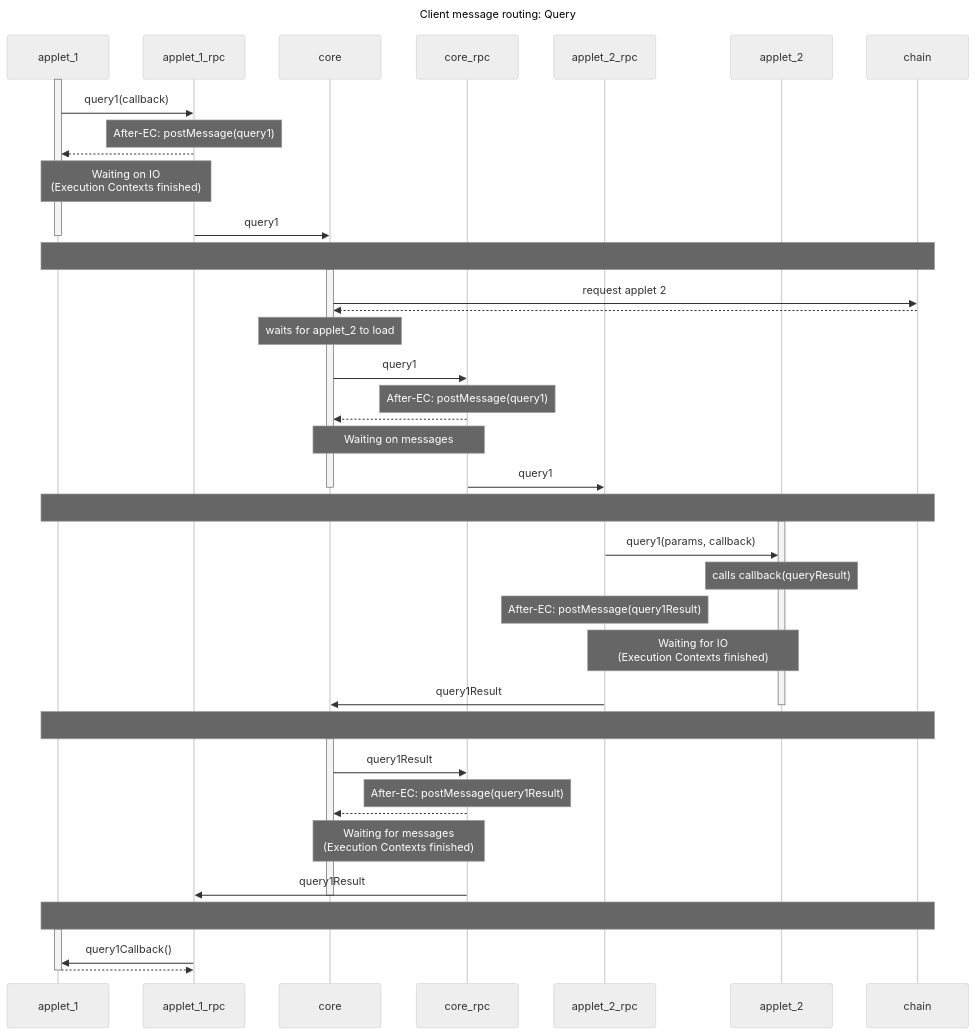
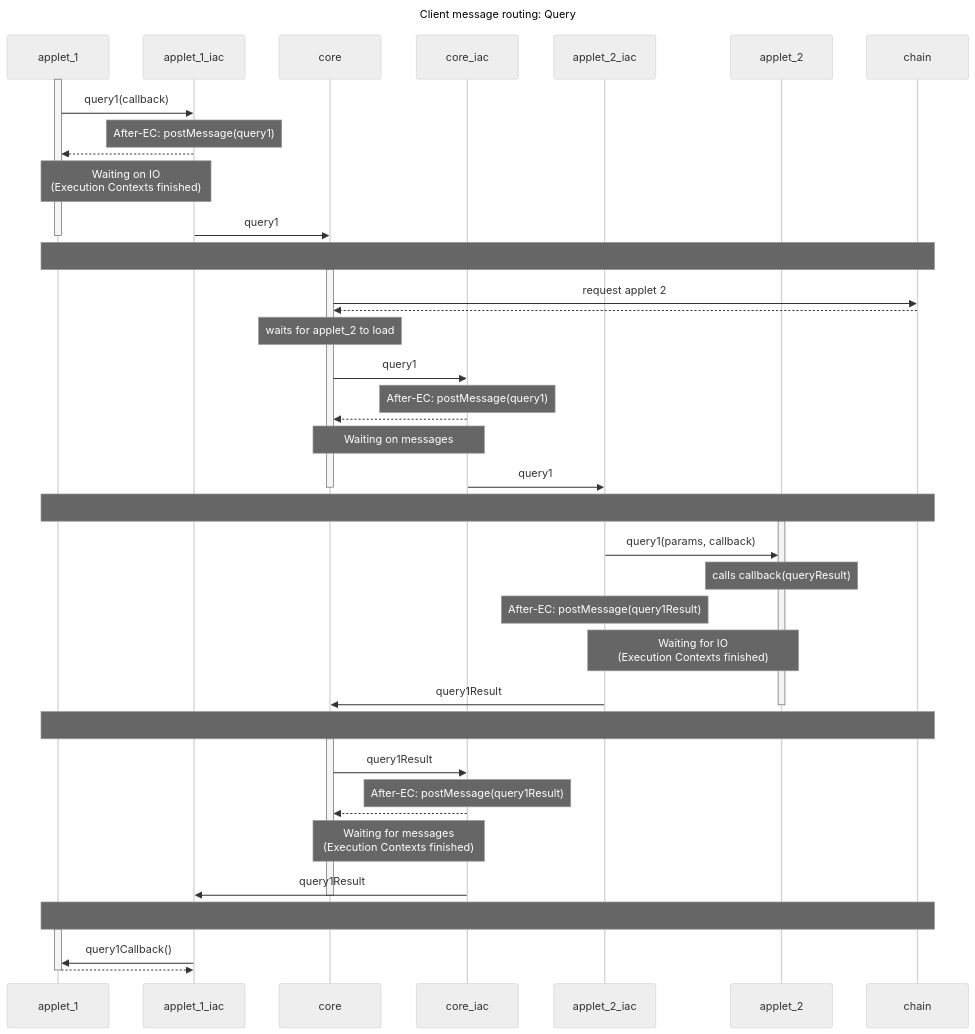
One commit to gofractally/psibase changed the second of 2 diagrams in doc/diagrams/client-message-routing.md. Above: the diagram before and after it, drawn with Mermaid (neutral theme). The commit also changed other lines of this file and 6 other files, not shown here.

Commit message:
update sequence diagrams

````diff
--- a/doc/diagrams/client-message-routing.md
+++ b/doc/diagrams/client-message-routing.md
@@ -105,73 +105,73 @@
 ```mermaid
 sequenceDiagram
 
 title Client message routing: Query
 
 participant applet_1
-participant applet_1_rpc
+participant applet_1_iac
 participant core
-participant core_rpc
-participant applet_2_rpc
+participant core_iac
+participant applet_2_iac
 participant applet_2
 participant chain
 
 activate applet_1
-applet_1->>applet_1_rpc: query1(callback)
-note over applet_1_rpc: After-EC: postMessage(query1)
-applet_1_rpc-->>applet_1: 
+applet_1->>applet_1_iac: query1(callback)
+note over applet_1_iac: After-EC: postMessage(query1)
+applet_1_iac-->>applet_1: 
 
-Note over applet_1, applet_1_rpc: Waiting on IO<br>(Execution Contexts finished)
-applet_1_rpc->>core: query1
+Note over applet_1, applet_1_iac: Waiting on IO<br>(Execution Contexts finished)
+applet_1_iac->>core: query1
 deactivate applet_1
 
 
 note over applet_1,chain: 
 
 activate core
 core->>chain: request applet 2
 chain-->>core: 
 note over core: waits for applet_2 to load
-core->>core_rpc: query1
-note over core_rpc: After-EC: postMessage(query1)
-core_rpc-->>core: 
+core->>core_iac: query1
+note over core_iac: After-EC: postMessage(query1)
+core_iac-->>core: 
 
-note over core, core_rpc: Waiting on messages
-core_rpc->>applet_2_rpc: query1
+note over core, core_iac: Waiting on messages
+core_iac->>applet_2_iac: query1
 deactivate core
 
 
 note over applet_1,chain: 
 
 
 activate applet_2
-applet_2_rpc->>applet_2: query1(params, callback)
+applet_2_iac->>applet_2: query1(params, callback)
 note over applet_2: calls callback(queryResult)
-note over applet_2_rpc: After-EC: postMessage(query1Result)
+note over applet_2_iac: After-EC: postMessage(query1Result)
 
-note over applet_2_rpc,applet_2: Waiting for IO<br>(Execution Contexts finished)
-applet_2_rpc->>core: query1Result
+note over applet_2_iac,applet_2: Waiting for IO<br>(Execution Contexts finished)
+applet_2_iac->>core: query1Result
 deactivate applet_2
 
 
 note over applet_1,chain: 
 
 
 activate core
-core->>core_rpc: query1Result
-note over core_rpc: After-EC: postMessage(query1Result)
-core_rpc-->>core: 
+core->>core_iac: query1Result
+note over core_iac: After-EC: postMessage(query1Result)
+core_iac-->>core: 
 
-note over core, core_rpc: Waiting for messages<br>(Execution Contexts finished)
-core_rpc->>applet_1_rpc: query1Result
+note over core, core_iac: Waiting for messages<br>(Execution Contexts finished)
+core_iac->>applet_1_iac: query1Result
 deactivate core
 
 
 note over applet_1,chain: 
 
 
 activate applet_1
-applet_1_rpc->>applet_1: query1Callback()
-applet_1-->>applet_1_rpc: 
+applet_1_iac->>applet_1: query1Callback()
+applet_1-->>applet_1_iac: 
 deactivate applet_1
 
 ```
````
